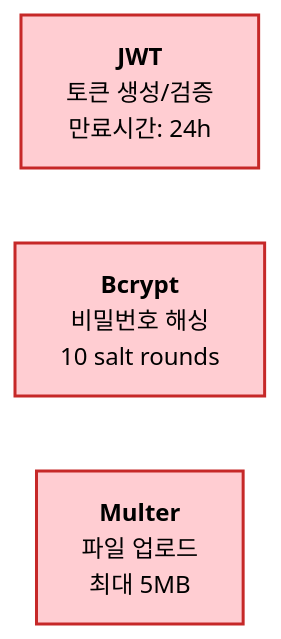
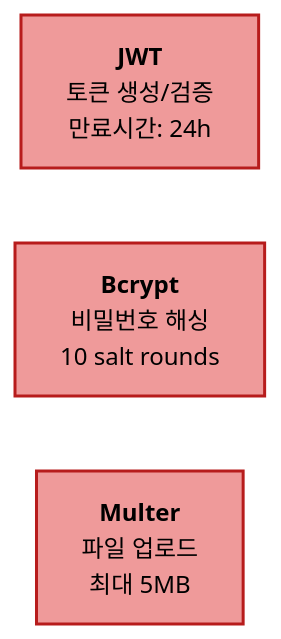
One commit to kyoe-23/DeepLearning_project changed the eighth of 13 diagrams in Architecture.md. Above: the diagram before and after it, drawn with Mermaid. The commit also changed other lines of this file, not shown here.

````diff
--- a/Architecture.md
+++ b/Architecture.md
@@ -344,10 +344,10 @@
 ```mermaid
 graph LR
     JWT["<b>JWT</b><br/>토큰 생성/검증<br/>만료시간: 24h"]
     BCRYPT["<b>Bcrypt</b><br/>비밀번호 해싱<br/>10 salt rounds"]
     MULTER["<b>Multer</b><br/>파일 업로드<br/>최대 5MB"]
 
-    style JWT fill:#FFCDD2,stroke:#C62828,stroke-width:2px,color:#000
-    style BCRYPT fill:#FFCDD2,stroke:#C62828,stroke-width:2px,color:#000
-    style MULTER fill:#FFCDD2,stroke:#C62828,stroke-width:2px,color:#000
+    style JWT fill:#EF9A9A,stroke:#B71C1C,stroke-width:2px,color:#000
+    style BCRYPT fill:#EF9A9A,stroke:#B71C1C,stroke-width:2px,color:#000
+    style MULTER fill:#EF9A9A,stroke:#B71C1C,stroke-width:2px,color:#000
 ```
````
